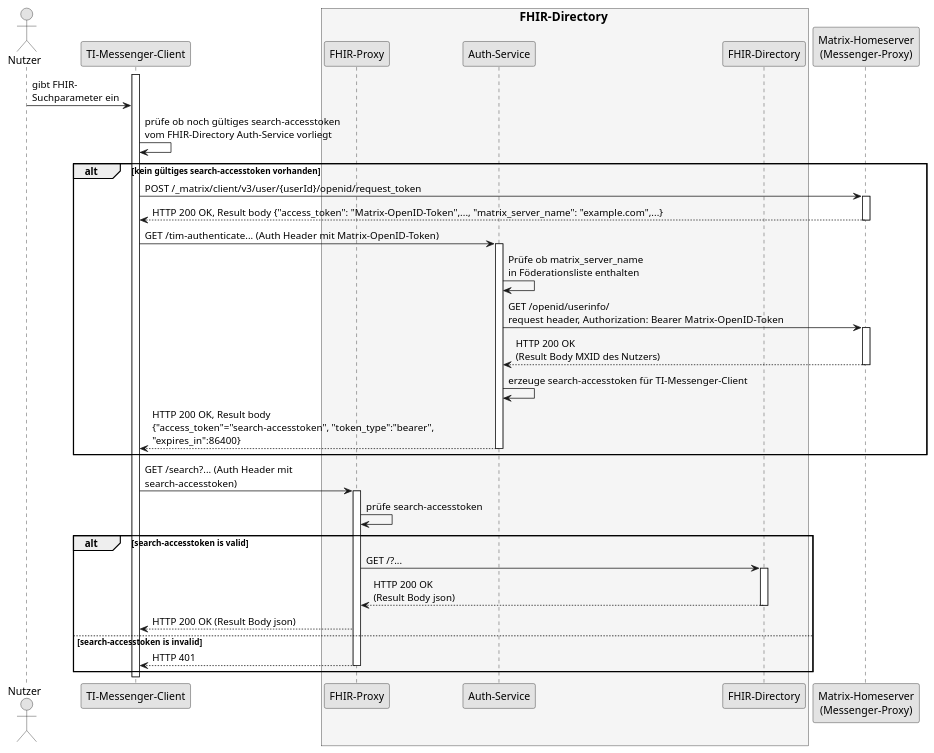
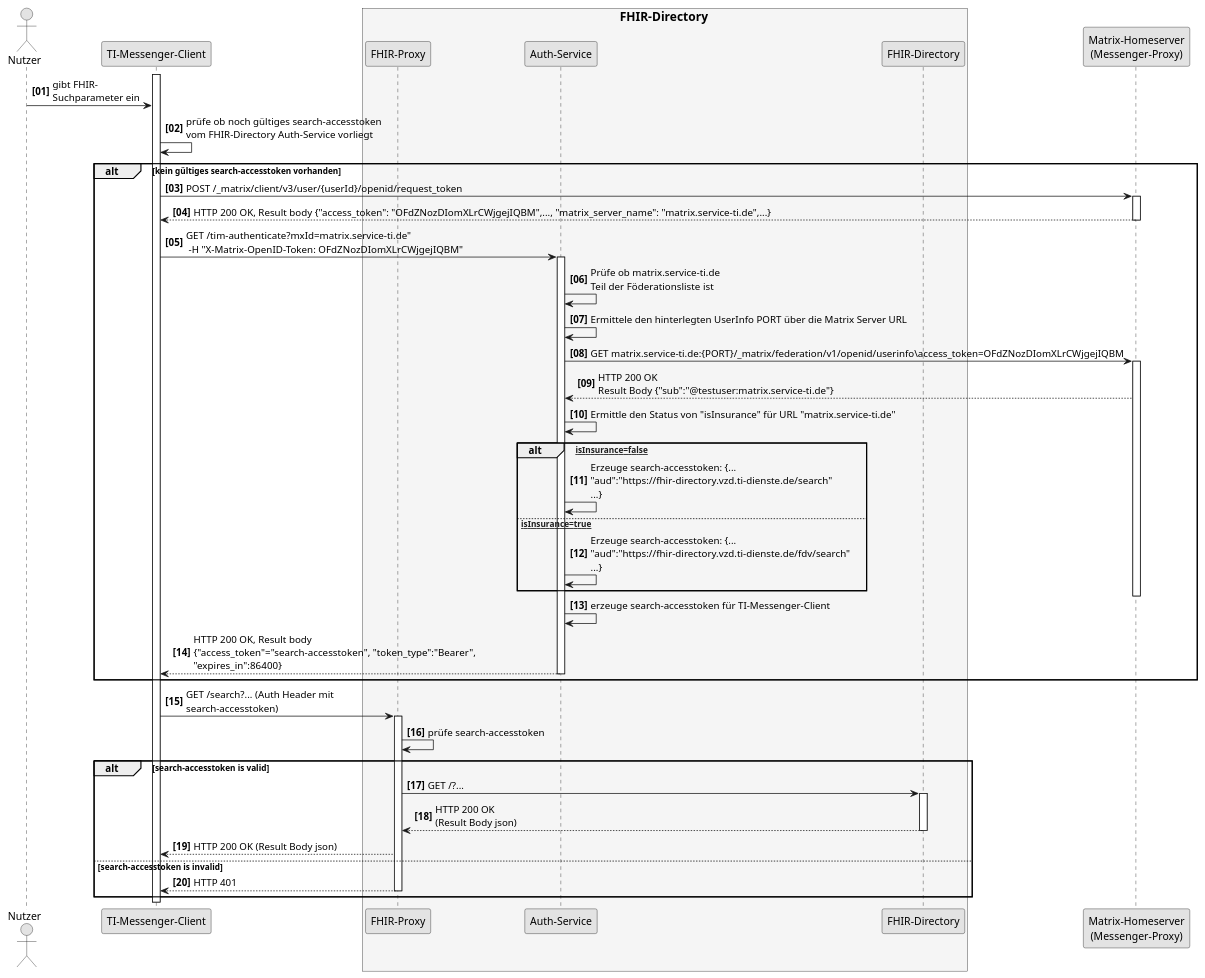
One commit to gematik/api-vzd changed the diagram in src/plantuml/SequenceDiagram.FHIR-Directory.search.puml. Above: the diagram before and after it, drawn with PlantUML.

```diff
--- a/src/plantuml/SequenceDiagram.FHIR-Directory.search.puml
+++ b/src/plantuml/SequenceDiagram.FHIR-Directory.search.puml
@@ -1,53 +1,63 @@
 @startuml SequenceDiagram.FHIR-Directory.search
+autonumber 1 1 "<b>[00]"
 skinparam dpi 100
 skinparam WrapWidth 200
 skinparam monochrome true
 
 'title "FHIR-Directory, Sequenzdiagram search'
 actor Nutzer
 participant cl as "TI-Messenger-Client"
 box <size:16>FHIR-Directory</size> #WhiteSmoke
   participant fp as "FHIR-Proxy"
   participant au as "Auth-Service"
   participant fd as "FHIR-Directory"
 end box
 participant hs as "Matrix-Homeserver\n(Messenger-Proxy)"
 activate cl
 
 Nutzer -> cl:gibt FHIR-\nSuchparameter ein
 cl -> cl: prüfe ob noch gültiges search-accesstoken\nvom FHIR-Directory Auth-Service vorliegt
 
 alt kein gültiges search-accesstoken vorhanden
 cl -> hs: POST /_matrix/client/v3/user/{userId}/openid/request_token
 activate hs
-hs --> cl: HTTP 200 OK, Result body {"access_token": "Matrix-OpenID-Token",..., "matrix_server_name": "example.com",...}
+hs --> cl: HTTP 200 OK, Result body {"access_token": "OFdZNozDIomXLrCWjgejIQBM",..., "matrix_server_name": "matrix.service-ti.de",...}
 deactivate hs
-cl -> au: GET /tim-authenticate... (Auth Header mit Matrix-OpenID-Token)
+cl -> au: GET /tim-authenticate?mxId=matrix.service-ti.de"\n -H "X-Matrix-OpenID-Token: OFdZNozDIomXLrCWjgejIQBM"
 activate au
-au -> au: Prüfe ob matrix_server_name\nin Föderationsliste enthalten
-au -> hs: GET /openid/userinfo/\nrequest header, Authorization: Bearer Matrix-OpenID-Token
+au -> au: Prüfe ob matrix.service-ti.de\nTeil der Föderationsliste ist
+au -> au: Ermittele den hinterlegten UserInfo PORT über die Matrix Server URL
+au -> hs: GET matrix.service-ti.de:{PORT}/_matrix/federation/v1/openid/userinfo\access_token=OFdZNozDIomXLrCWjgejIQBM
 activate hs
-hs --> au: HTTP 200 OK\n(Result Body MXID des Nutzers)
+hs --> au: HTTP 200 OK\nResult Body {"sub":"@testuser:matrix.service-ti.de"}
+au -> au: Ermittle den Status von "isInsurance" für URL "matrix.service-ti.de"
+
+alt [isInsurance=false]
+au -> au: Erzeuge search-accesstoken: {...\n"aud":"https://fhir-directory.vzd.ti-dienste.de/search"\n...}
+else [isInsurance=true]
+au -> au: Erzeuge search-accesstoken: {...\n"aud":"https://fhir-directory.vzd.ti-dienste.de/fdv/search"\n...}
+end
+
 deactivate hs
 au -> au: erzeuge search-accesstoken für TI-Messenger-Client
-au --> cl: HTTP 200 OK, Result body\n{"access_token"="search-accesstoken", "token_type":"bearer",\n"expires_in":86400}
+au --> cl: HTTP 200 OK, Result body\n{"access_token"="search-accesstoken", "token_type":"Bearer",\n"expires_in":86400}
 deactivate au
 end
 
 cl -> fp: GET /search?... (Auth Header mit\nsearch-accesstoken)
 activate fp
 fp -> fp: prüfe search-accesstoken
 
 alt search-accesstoken is valid
 fp -> fd: GET /?...
 activate fd
 fd --> fp: HTTP 200 OK\n(Result Body json)
 deactivate fd
 fp --> cl: HTTP 200 OK (Result Body json)
 else search-accesstoken is invalid
 fp --> cl: HTTP 401
 deactivate fp
 end
 
 deactivate cl
 @enduml
```
